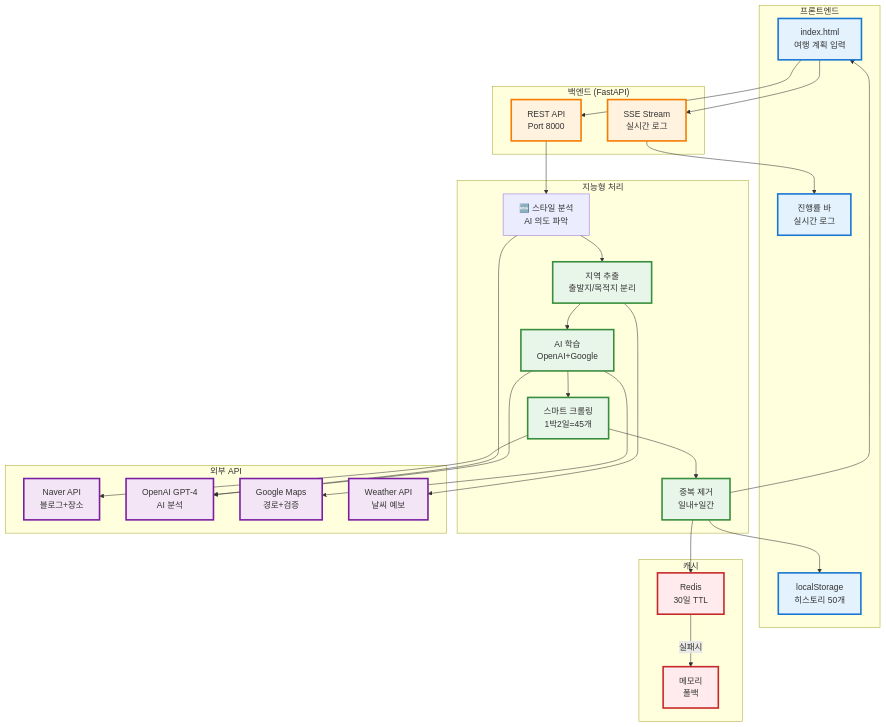
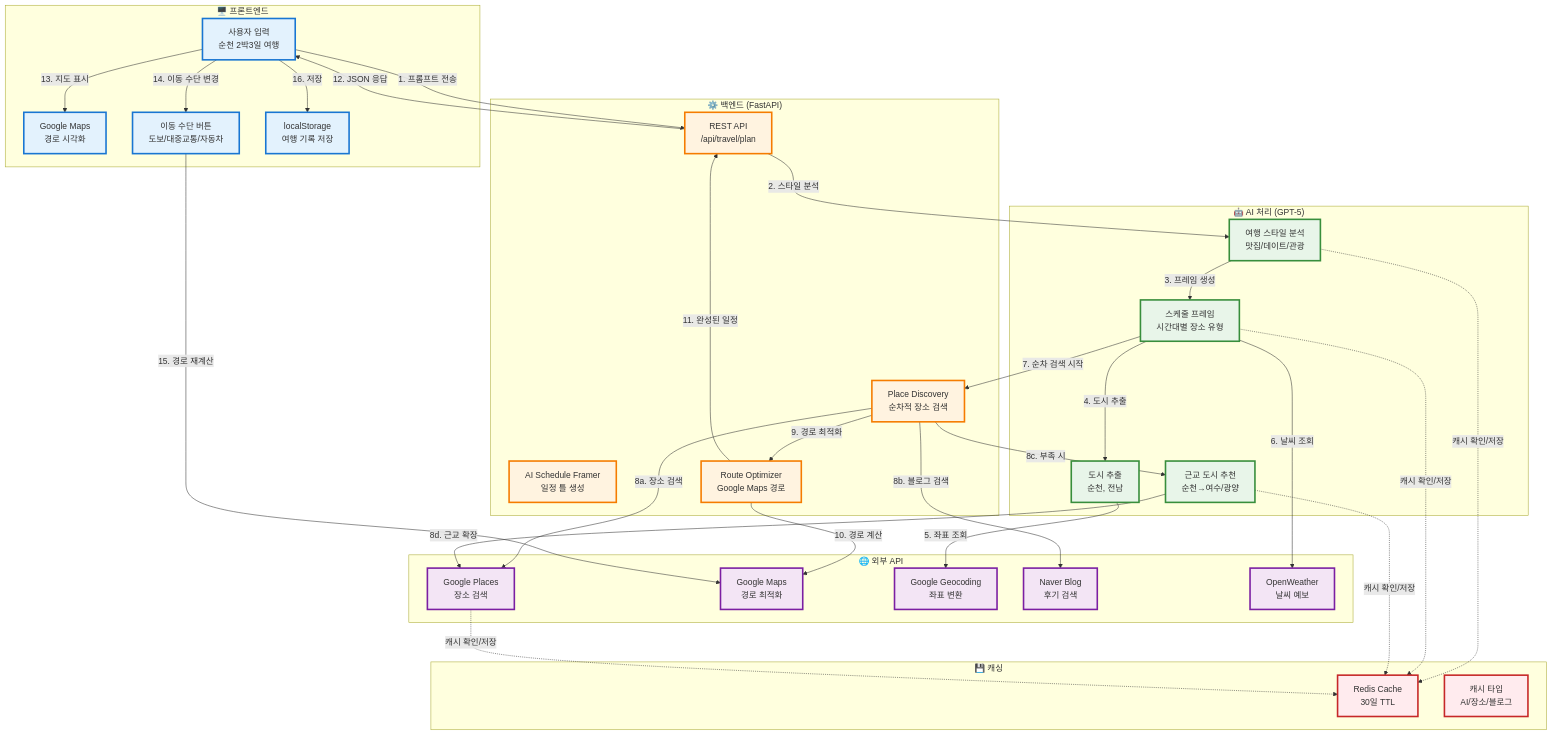
The first of 8 diagrams in README.MD (BaekKyunShin/travel-recommend-korea), drawn with Mermaid before and after one commit. The commit also changed other lines of this file and 2 other files, not shown here.

````diff
--- a/README.MD
+++ b/README.MD
@@ -29,65 +33,76 @@
 ```mermaid
 graph TB
-    subgraph Frontend["프론트엔드"]
-        UI[index.html<br/>여행 계획 입력]
-        HIST[localStorage<br/>히스토리 50개]
-        LOG[진행률 바<br/>실시간 로그]
+    subgraph Frontend["🖥️ 프론트엔드"]
+        UI[사용자 입력<br/>순천 2박3일 여행]
+        MAP[Google Maps<br/>경로 시각화]
+        BTN[이동 수단 버튼<br/>도보/대중교통/자동차]
+        HIST[localStorage<br/>여행 기록 저장]
     end
     
-    subgraph Backend["백엔드 (FastAPI)"]
-        API[REST API<br/>Port 8000]
-        SSE[SSE Stream<br/>실시간 로그]
+    subgraph Backend["⚙️ 백엔드 (FastAPI)"]
+        API[REST API<br/>/api/travel/plan]
+        FRAMER[AI Schedule Framer<br/>일정 틀 생성]
+        DISCOVERY[Place Discovery<br/>순차적 장소 검색]
+        ROUTE[Route Optimizer<br/>Google Maps 경로]
     end
     
-    subgraph Intelligence["지능형 처리"]
-        STYLE[🆕 스타일 분석<br/>AI 의도 파악]
-        EXTRACT[지역 추출<br/>출발지/목적지 분리]
-        AI_LEARN[AI 학습<br/>OpenAI+Google]
-        CRAWL[스마트 크롤링<br/>1박2일=45개]
-        DEDUP[중복 제거<br/>일내+일간]
+    subgraph AI["🤖 AI 처리 (GPT-5)"]
+        STYLE[여행 스타일 분석<br/>맛집/데이트/관광]
+        FRAME[스케줄 프레임<br/>시간대별 장소 유형]
+        NEARBY[근교 도시 추천<br/>순천→여수/광양]
+        CITY[도시 추출<br/>순천, 전남]
     end
     
-    subgraph External["외부 API"]
-        NAVER[Naver API<br/>블로그+장소]
-        OPENAI[OpenAI GPT-4<br/>AI 분석]
-        GOOGLE[Google Maps<br/>경로+검증]
-        WEATHER[Weather API<br/>날씨 예보]
+    subgraph External["🌐 외부 API"]
+        GOOGLE_PLACES[Google Places<br/>장소 검색]
+        GOOGLE_MAPS[Google Maps<br/>경로 최적화]
+        GOOGLE_GEO[Google Geocoding<br/>좌표 변환]
+        NAVER_BLOG[Naver Blog<br/>후기 검색]
+        WEATHER[OpenWeather<br/>날씨 예보]
     end
     
-    subgraph Cache["캐시"]
-        REDIS[Redis<br/>30일 TTL]
-        MEMORY[메모리<br/>폴백]
+    subgraph Cache["💾 캐싱"]
+        REDIS[Redis Cache<br/>30일 TTL]
+        TYPES[캐시 타입<br/>AI/장소/블로그]
     end
     
-    UI --> API
-    UI --> SSE
-    API --> STYLE
-    STYLE --> EXTRACT
-    EXTRACT --> AI_LEARN
-    AI_LEARN --> CRAWL
-    CRAWL --> DEDUP
-    DEDUP --> REDIS
-    REDIS -->|실패시| MEMORY
+    UI -->|1. 프롬프트 전송| API
+    API -->|2. 스타일 분석| STYLE
+    STYLE -->|3. 프레임 생성| FRAME
+    FRAME -->|4. 도시 추출| CITY
+    CITY -->|5. 좌표 조회| GOOGLE_GEO
+    FRAME -->|6. 날씨 조회| WEATHER
+    FRAME -->|7. 순차 검색 시작| DISCOVERY
     
-    STYLE --> OPENAI
-    AI_LEARN --> OPENAI
-    AI_LEARN --> GOOGLE
-    CRAWL --> NAVER
-    EXTRACT --> WEATHER
+    DISCOVERY -->|8a. 장소 검색| GOOGLE_PLACES
+    DISCOVERY -->|8b. 블로그 검색| NAVER_BLOG
+    DISCOVERY -->|8c. 부족 시| NEARBY
+    NEARBY -->|8d. 근교 확장| GOOGLE_PLACES
     
-    DEDUP --> UI
-    DEDUP --> HIST
-    SSE --> LOG
+    DISCOVERY -->|9. 경로 최적화| ROUTE
+    ROUTE -->|10. 경로 계산| GOOGLE_MAPS
+    ROUTE -->|11. 완성된 일정| API
+    API -->|12. JSON 응답| UI
+    
+    UI -->|13. 지도 표시| MAP
+    UI -->|14. 이동 수단 변경| BTN
+    BTN -->|15. 경로 재계산| GOOGLE_MAPS
+    UI -->|16. 저장| HIST
+    
+    STYLE -.->|캐시 확인/저장| REDIS
+    FRAME -.->|캐시 확인/저장| REDIS
+    NEARBY -.->|캐시 확인/저장| REDIS
+    GOOGLE_PLACES -.->|캐시 확인/저장| REDIS
     
     classDef frontStyle fill:#e3f2fd,stroke:#1976d2,stroke-width:3px
     classDef backStyle fill:#fff3e0,stroke:#f57c00,stroke-width:3px
     classDef aiStyle fill:#e8f5e9,stroke:#388e3c,stroke-width:3px
     classDef extStyle fill:#f3e5f5,stroke:#7b1fa2,stroke-width:3px
     classDef cacheStyle fill:#ffebee,stroke:#c62828,stroke-width:3px
     
-    class UI,HIST,LOG frontStyle
-    class API,SSE backStyle
-    class EXTRACT,AI_LEARN,CRAWL,DEDUP aiStyle
-    class NAVER,OPENAI,GOOGLE,WEATHER extStyle
-    class REDIS,MEMORY cacheStyle
+    class UI,MAP,BTN,HIST frontStyle
+    class API,FRAMER,DISCOVERY,ROUTE backStyle
+    class STYLE,FRAME,NEARBY,CITY aiStyle
+    class GOOGLE_PLACES,GOOGLE_MAPS,GOOGLE_GEO,NAVER_BLOG,WEATHER extStyle
+    class REDIS,TYPES cacheStyle
 ```
````
